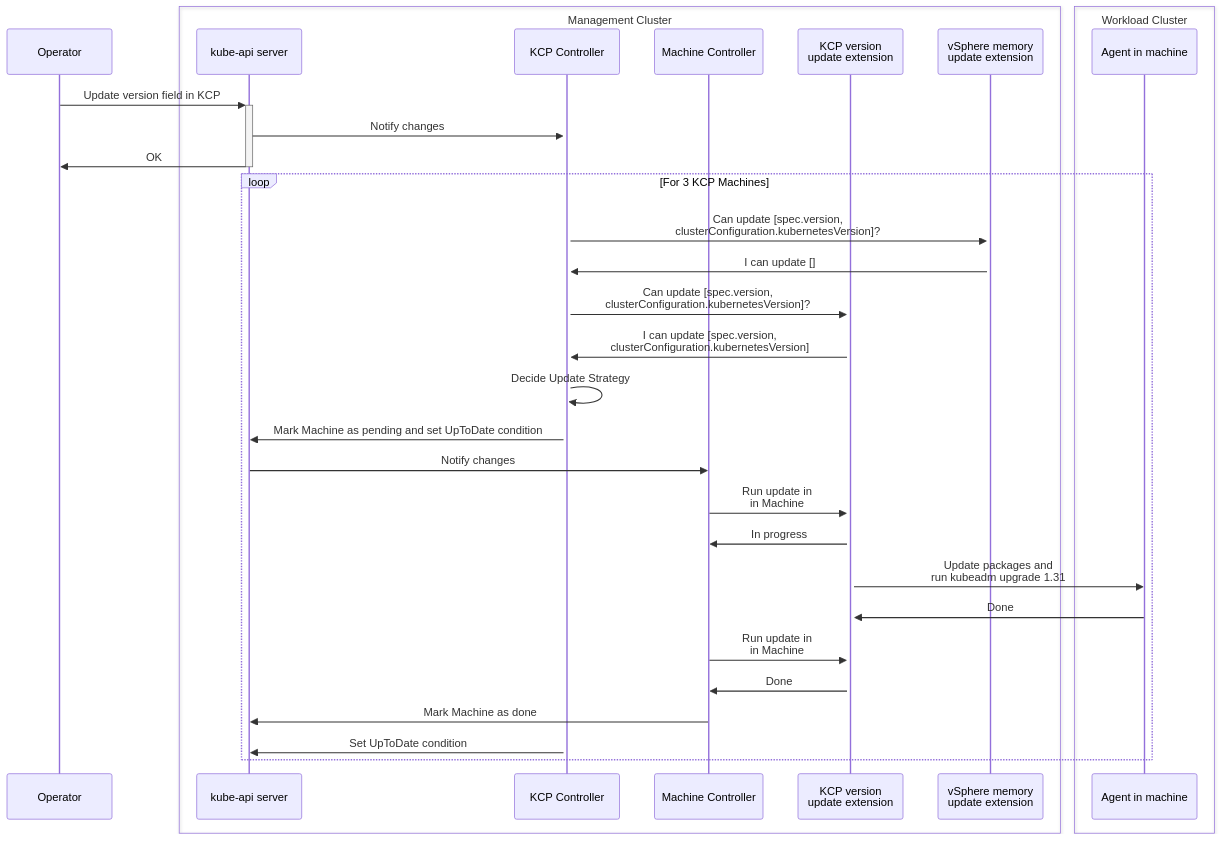
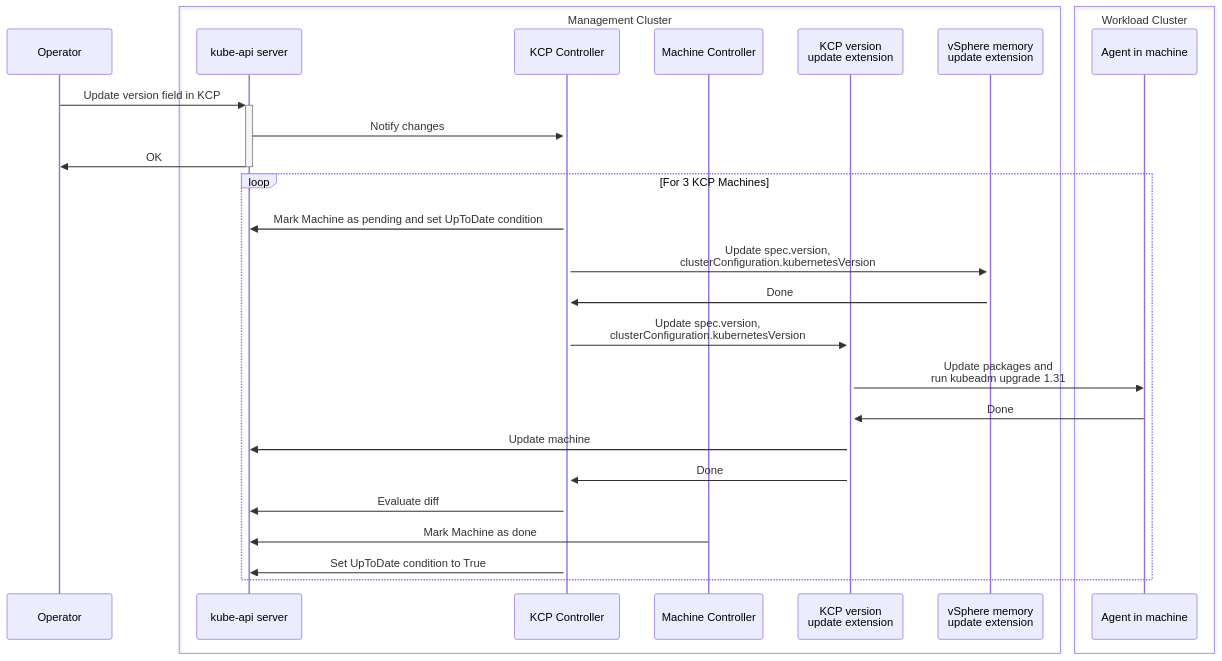
One commit to g-gaston/cluster-api changed the sixth of 9 diagrams in docs/proposals/20240807-in-place-updates.md. Above: the diagram before and after it, drawn with Mermaid. The commit also changed other lines of this file, not shown here.

Commit message:
Simplify acceptedChanges and planning flow

````diff
--- a/docs/proposals/20240807-in-place-updates.md
+++ b/docs/proposals/20240807-in-place-updates.md
@@ -420,37 +418,33 @@
 ```mermaid
 sequenceDiagram
     participant Operator
 
     box Management Cluster
         participant apiserver as kube-api server
         participant capi as KCP Controller
         participant mach as Machine Controller
         participant hook as KCP version <br>update extension
         participant hook2 as vSphere memory <br>update extension
     end
     
     box Workload Cluster
         participant machines as Agent in machine
     end    
 
     Operator->>+apiserver: Update version field in KCP
     apiserver->>+capi: Notify changes
     apiserver->>-Operator: OK
     loop For 3 KCP Machines
-        capi->>+hook2: Can update [spec.version,<br>clusterConfiguration.kubernetesVersion]?
-        hook2->>capi: I can update []
-        capi->>+hook: Can update [spec.version,<br>clusterConfiguration.kubernetesVersion]?
-        hook->>capi: I can update [spec.version,<br>clusterConfiguration.kubernetesVersion]
-        capi->>capi: Decide Update Strategy
         capi->>apiserver: Mark Machine as pending and set UpToDate condition
-        apiserver->>mach: Notify changes
-        mach->>hook: Run update in<br> in Machine
-        hook->>mach: In progress
+        capi->>+hook2: Update spec.version,<br>clusterConfiguration.kubernetesVersion
+        hook2->>capi: Done
+        capi->>+hook: Update spec.version,<br>clusterConfiguration.kubernetesVersion
         hook->>machines: Update packages and<br>run kubeadm upgrade 1.31
         machines->>hook: Done
-        mach->>hook: Run update in<br> in Machine
-        hook->>mach: Done
+        hook->>apiserver: Update machine
+        hook->>capi: Done
+        capi->>apiserver: Evaluate diff
         mach->>apiserver: Mark Machine as done
-        capi->>apiserver: Set UpToDate condition
+        capi->>apiserver: Set UpToDate condition to True
     end
 ```
````
